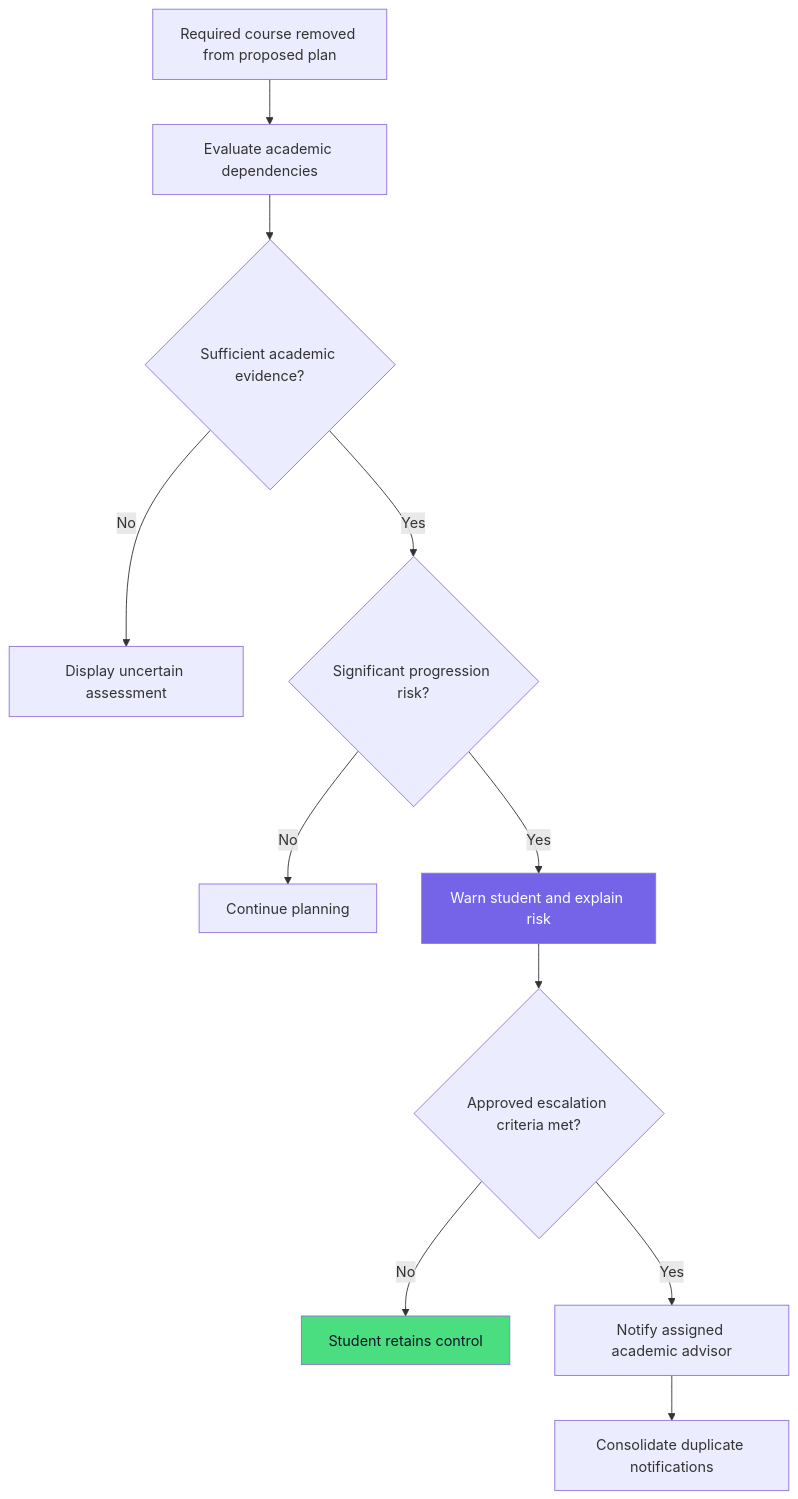
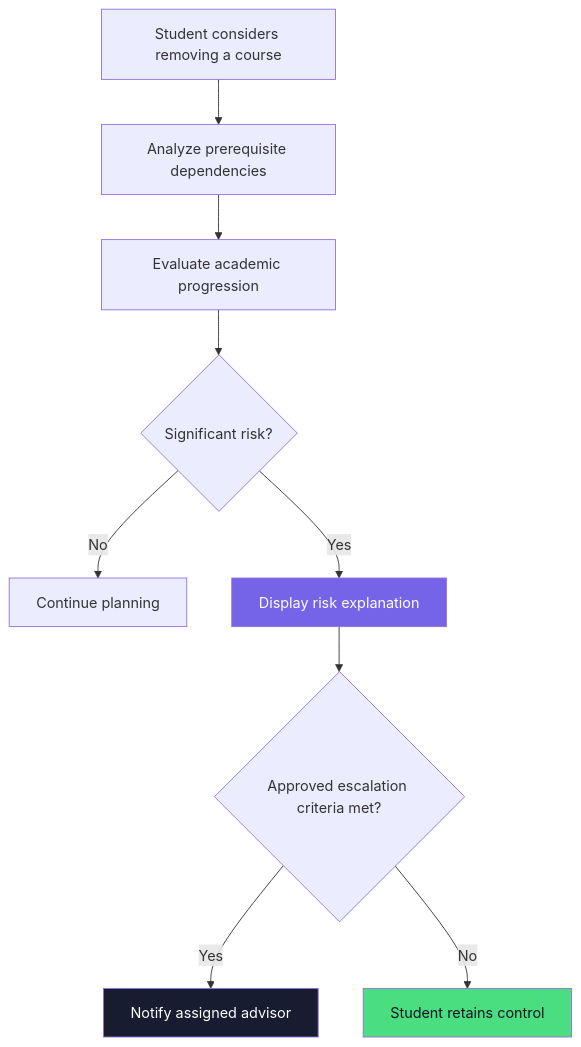
One commit to chadiwala/Jadwalak-Academic-Planning-System changed the second of 4 diagrams in README.md. Above: the diagram before and after it, drawn with Mermaid. The commit also changed other lines of this file, not shown here.

````diff
--- a/README.md
+++ b/README.md
@@ -390,16 +604,15 @@
 ```mermaid
 flowchart TD
-    A[Required course removed from proposed plan] --> B[Evaluate academic dependencies]
-    B --> C{Sufficient academic evidence?}
-    C -- No --> D[Display uncertain assessment]
-    C -- Yes --> E{Significant progression risk?}
-    E -- No --> F[Continue planning]
-    E -- Yes --> G[Warn student and explain risk]
-    G --> H{Approved escalation criteria met?}
-    H -- No --> I[Student retains control]
-    H -- Yes --> J[Notify assigned academic advisor]
-    J --> K[Consolidate duplicate notifications]
+    A[Student considers removing a course] --> B[Analyze prerequisite dependencies]
+    B --> C[Evaluate academic progression]
+    C --> D{Significant risk?}
+    D -- No --> E[Continue planning]
+    D -- Yes --> F[Display risk explanation]
+    F --> G{Approved escalation criteria met?}
+    G -- Yes --> H[Notify assigned advisor]
+    G -- No --> I[Student retains control]
 
-    style G fill:#7563E8,color:#fff
+    style F fill:#7563E8,color:#fff
+    style H fill:#171C30,color:#fff
     style I fill:#4ADE80,color:#101426
 ```
````
